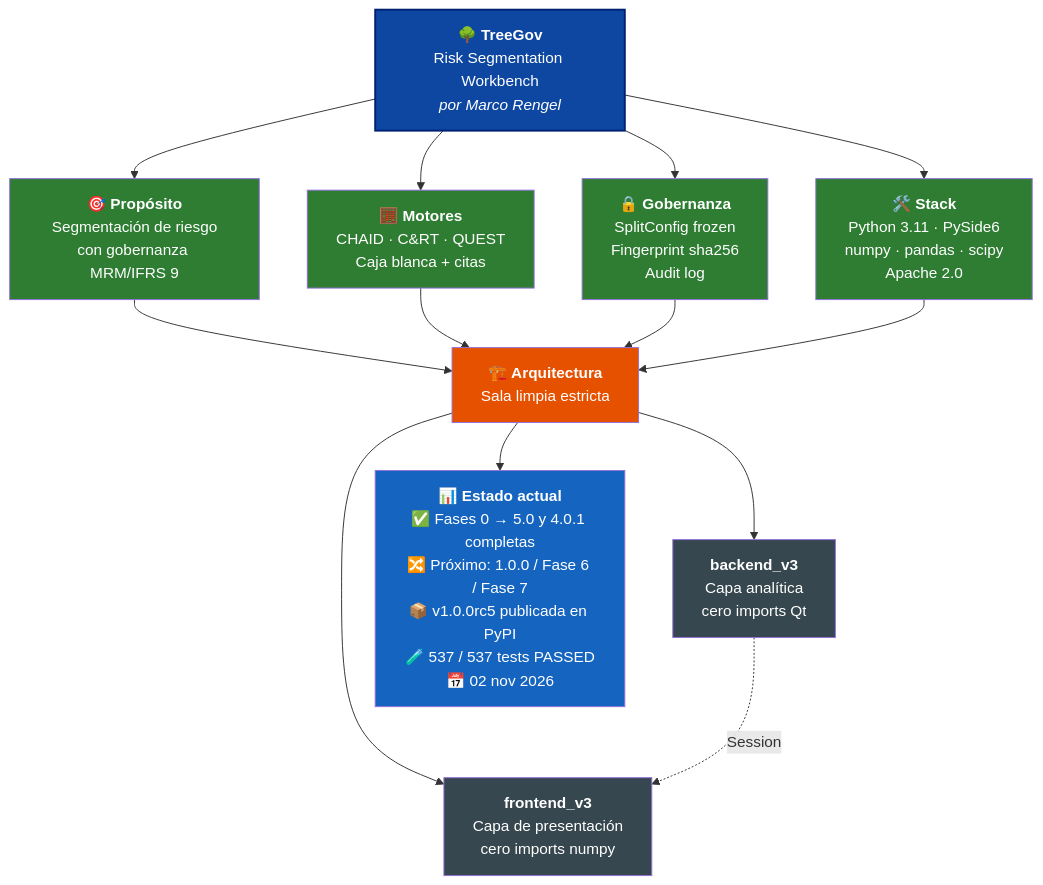
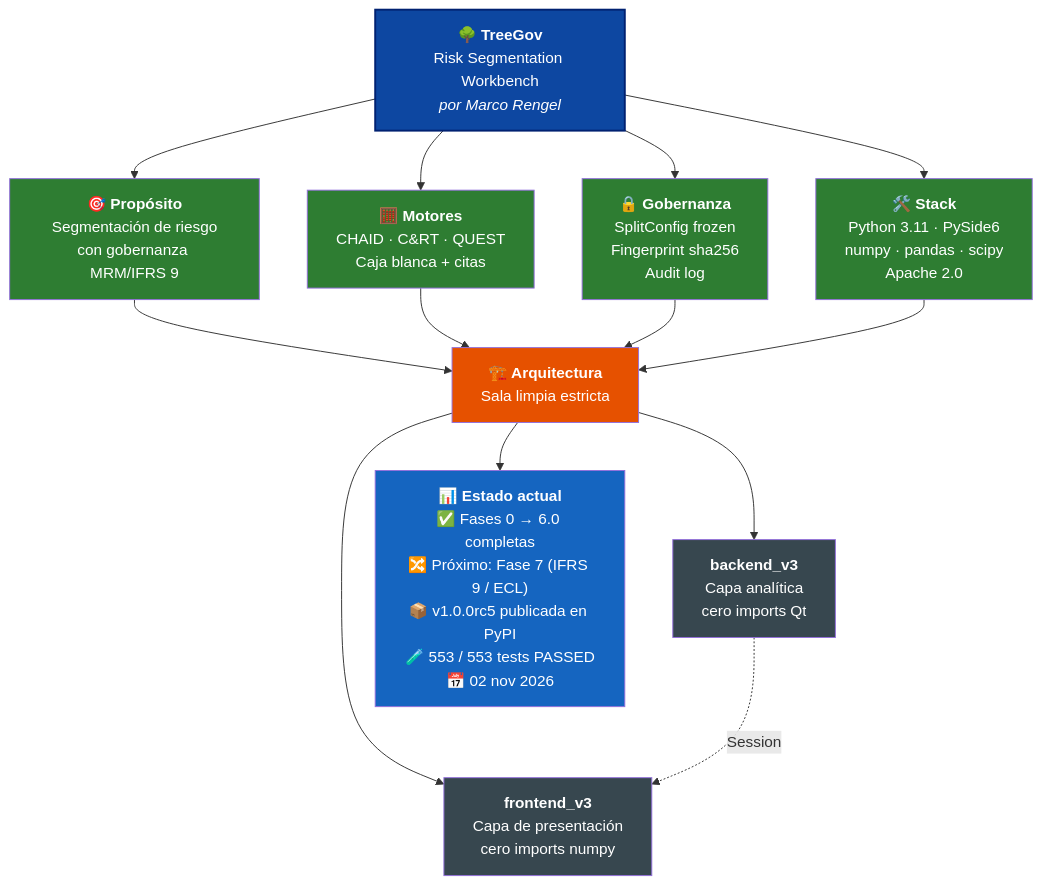
Before and after one commit to Marco-Rengel/treegov: the diagram in README.es.md, drawn with Mermaid. The commit also changed other lines of this file and 13 other files, not shown here.

Commit message:
docs(release): cierre de Fase 6 y corrección de tablas de estado

````diff
--- a/README.es.md
+++ b/README.es.md
@@ -38,31 +38,31 @@
 ```mermaid
 flowchart TB
     TG["<b>🌳 TreeGov</b><br/>Risk Segmentation Workbench<br/><i>por Marco Rengel</i>"]
 
     TG --> P["<b>🎯 Propósito</b><br/>Segmentación de riesgo<br/>con gobernanza MRM/IFRS 9"]
     TG --> M["<b>🧮 Motores</b><br/>CHAID · C&RT · QUEST<br/>Caja blanca + citas"]
     TG --> G["<b>🔒 Gobernanza</b><br/>SplitConfig frozen<br/>Fingerprint sha256<br/>Audit log"]
     TG --> S["<b>🛠️ Stack</b><br/>Python 3.11 · PySide6<br/>numpy · pandas · scipy<br/>Apache 2.0"]
 
     P --> ARQ["<b>🏗️ Arquitectura</b><br/>Sala limpia estricta"]
     M --> ARQ
     G --> ARQ
     S --> ARQ
 
     ARQ --> BE["<b>backend_v3</b><br/>Capa analítica<br/>cero imports Qt"]
     ARQ --> FE["<b>frontend_v3</b><br/>Capa de presentación<br/>cero imports numpy"]
 
     BE -.->|Session| FE
 
-    ARQ --> ST["<b>📊 Estado actual</b><br/>✅ Fases 0 → 5.0 y 4.0.1 completas<br/>🔀 Próximo: 1.0.0 / Fase 6 / Fase 7<br/>📦 v1.0.0rc5 publicada en PyPI<br/>🧪 537 / 537 tests PASSED<br/>📅 02 nov 2026"]
+    ARQ --> ST["<b>📊 Estado actual</b><br/>✅ Fases 0 → 6.0 completas<br/>🔀 Próximo: Fase 7 (IFRS 9 / ECL)<br/>📦 v1.0.0rc5 publicada en PyPI<br/>🧪 553 / 553 tests PASSED<br/>📅 02 nov 2026"]
 
     style TG fill:#0D47A1,color:#fff,stroke:#002171,stroke-width:2px
     style P fill:#2E7D32,color:#fff
     style M fill:#2E7D32,color:#fff
     style G fill:#2E7D32,color:#fff
     style S fill:#2E7D32,color:#fff
     style ARQ fill:#E65100,color:#fff
     style BE fill:#37474F,color:#fff
     style FE fill:#37474F,color:#fff
     style ST fill:#1565C0,color:#fff
 ```
````
